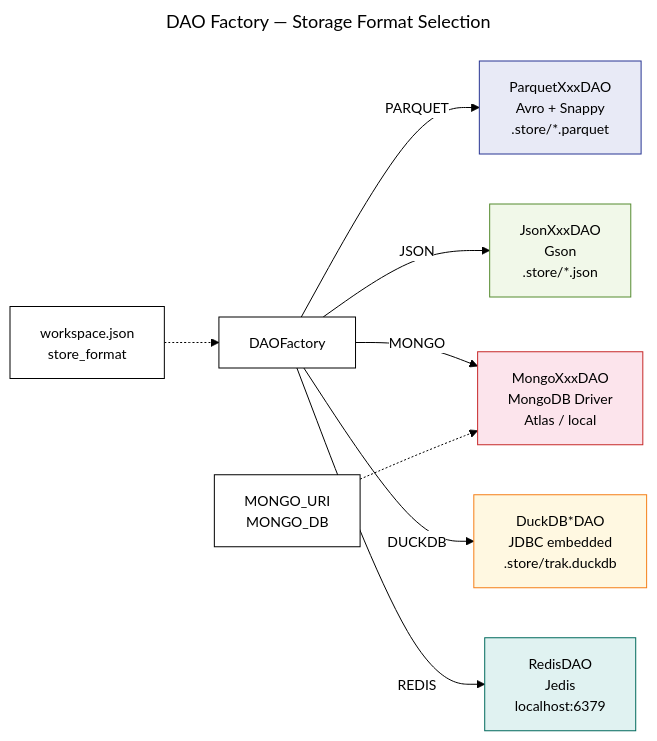
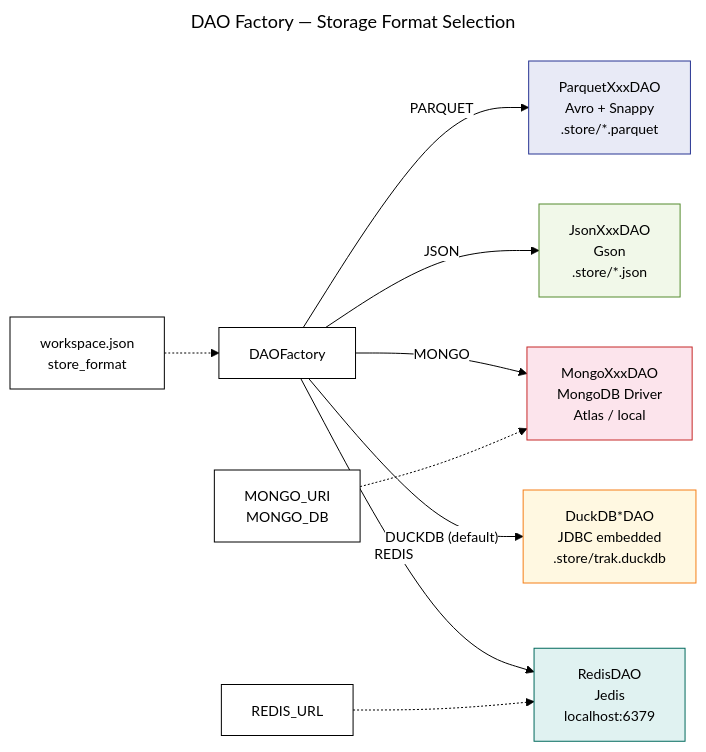
One commit to magana272/TaskTrac changed the tenth of 14 diagrams in docs/DIAGRAM.md. Above: the diagram before and after it, drawn with Mermaid. The commit also changed other lines of this file and 8 other files, not shown here.

Commit message:
docs: restructure README, update DESIGN/DIAGRAM/usage, add screenshots

````diff
--- a/docs/DIAGRAM.md
+++ b/docs/DIAGRAM.md
@@ -429,29 +457,30 @@
 ```mermaid
 ---
 config:
   theme: base
   themeVariables:
     primaryColor: '#ffffff'
     primaryTextColor: '#000000'
     primaryBorderColor: '#000000'
     lineColor: '#000000'
     fontFamily: 'Georgia, Times New Roman, serif'
     fontSize: '14px'
 title: DAO Factory — Storage Format Selection
 ---
 flowchart LR
     DAO[DAOFactory] -->|PARQUET| PQ[ParquetXxxDAO<br>Avro + Snappy<br>.store/*.parquet]
     DAO -->|JSON| JS[JsonXxxDAO<br>Gson<br>.store/*.json]
     DAO -->|MONGO| MG[MongoXxxDAO<br>MongoDB Driver<br>Atlas / local]
-    DAO -->|DUCKDB| DK[DuckDB*DAO<br>JDBC embedded<br>.store/trak.duckdb]
+    DAO -->|"DUCKDB (default)"| DK[DuckDB*DAO<br>JDBC embedded<br>.store/trak.duckdb]
     DAO -->|REDIS| RD[RedisDAO<br>Jedis<br>localhost:6379]
 
     Config[workspace.json<br>store_format] -.-> DAO
     ENV[MONGO_URI<br>MONGO_DB] -.-> MG
+    RENV[REDIS_URL] -.-> RD
 
     style PQ fill:#e8eaf6,stroke:#283593
     style JS fill:#f1f8e9,stroke:#558b2f
     style MG fill:#fce4ec,stroke:#c62828
     style DK fill:#fff8e1,stroke:#f57f17
     style RD fill:#e0f2f1,stroke:#00695c
 ```
````
